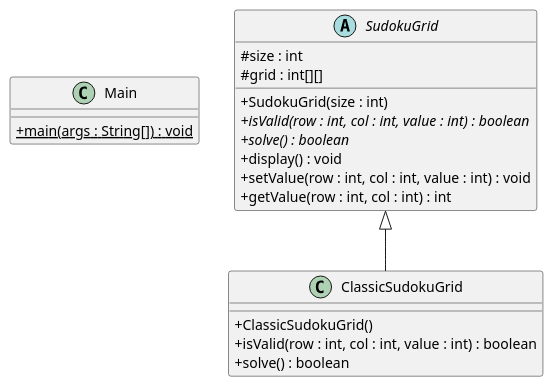
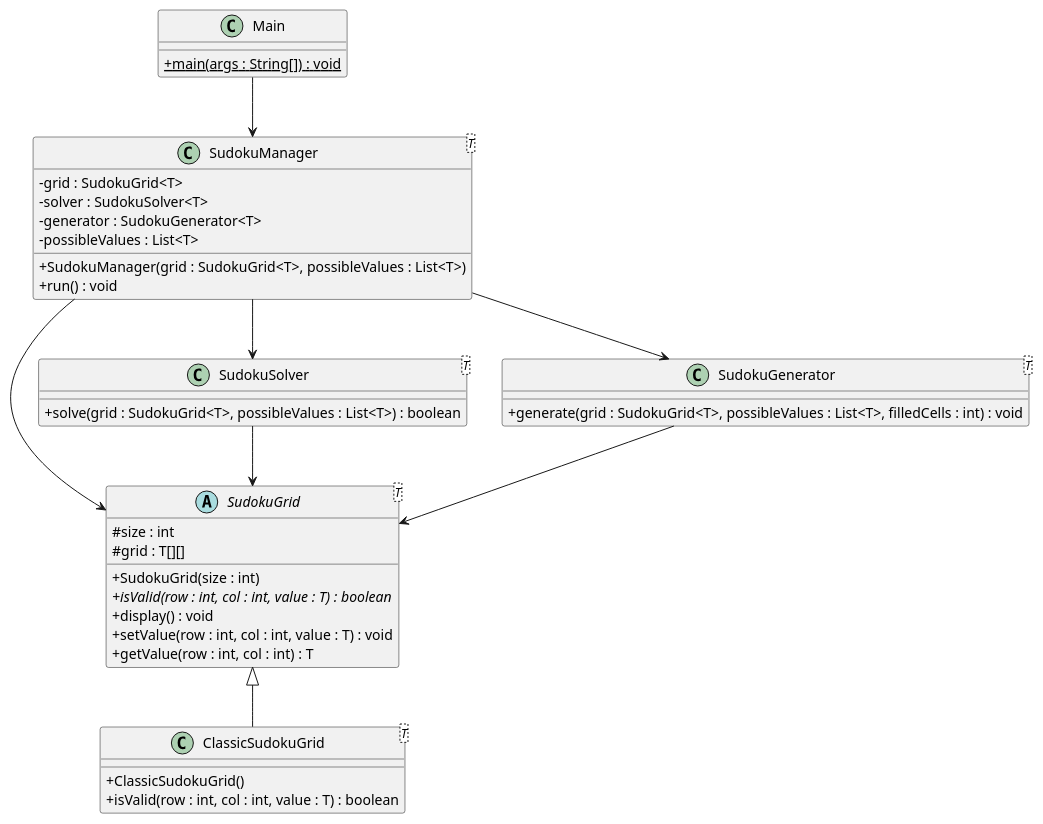
One commit to PolytechLyon/SudokuAPO changed the diagram in Sudoku.puml. Above: the diagram before and after it, drawn with PlantUML. The commit also changed 8 other files, not shown here.

```diff
--- a/Sudoku.puml
+++ b/Sudoku.puml
@@ -1,29 +1,57 @@
 @startuml
 skinparam classAttributeIconSize 0
-'https://plantuml.com/class-diagram
 
-class Main{
+'----------------------- CLASSE DE BASE POUR LA GRILLE -----------------------
+abstract class SudokuGrid<T> {
+    # size : int
+    # grid : T[][]
+
+    + SudokuGrid(size : int)
+    + {abstract} isValid(row : int, col : int, value : T) : boolean
+    + display() : void
+    + setValue(row : int, col : int, value : T) : void
+    + getValue(row : int, col : int) : T
+}
+
+class ClassicSudokuGrid<T> {
+    + ClassicSudokuGrid()
+    + isValid(row : int, col : int, value : T) : boolean
+}
+
+'----------------------- SOLVER & GENERATOR -----------------------
+class SudokuSolver<T> {
+    + solve(grid : SudokuGrid<T>, possibleValues : List<T>) : boolean
+}
+
+class SudokuGenerator<T> {
+    + generate(grid : SudokuGrid<T>, possibleValues : List<T>, filledCells : int) : void
+}
+
+'----------------------- GESTION DU PROJET -----------------------
+class SudokuManager<T> {
+    - grid : SudokuGrid<T>
+    - solver : SudokuSolver<T>
+    - generator : SudokuGenerator<T>
+    - possibleValues : List<T>
+
+    + SudokuManager(grid : SudokuGrid<T>, possibleValues : List<T>)
+    + run() : void
+}
+
+class Main {
     + {static} main(args : String[]) : void
 }
 
-abstract class SudokuGrid{
-    # size : int
-    # grid : int[][]
-
-    + SudokuGrid(size : int)
-    + {abstract} isValid(row : int, col : int, value : int) : boolean
-    + {abstract} solve() : boolean
-    + display() : void
-    + setValue(row : int, col : int, value : int) : void
-    + getValue(row : int, col : int) : int
-}
-
-class ClassicSudokuGrid{
-    + ClassicSudokuGrid()
-    + isValid(row : int, col : int, value : int) : boolean
-    + solve() : boolean
-}
-
+'----------------------- RELATIONS ENTRE CLASSES -----------------------
 SudokuGrid <|-- ClassicSudokuGrid
 
+SudokuSolver --> SudokuGrid
+SudokuGenerator --> SudokuGrid
+
+SudokuManager --> SudokuGrid
+SudokuManager --> SudokuSolver
+SudokuManager --> SudokuGenerator
+
+Main --> SudokuManager
+
 @enduml
```
